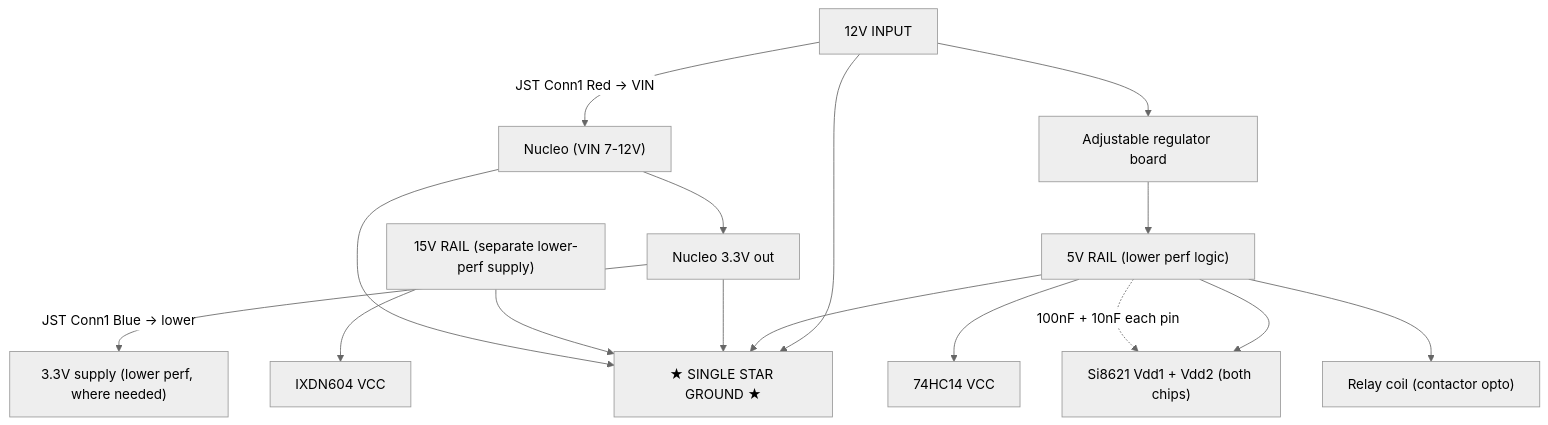
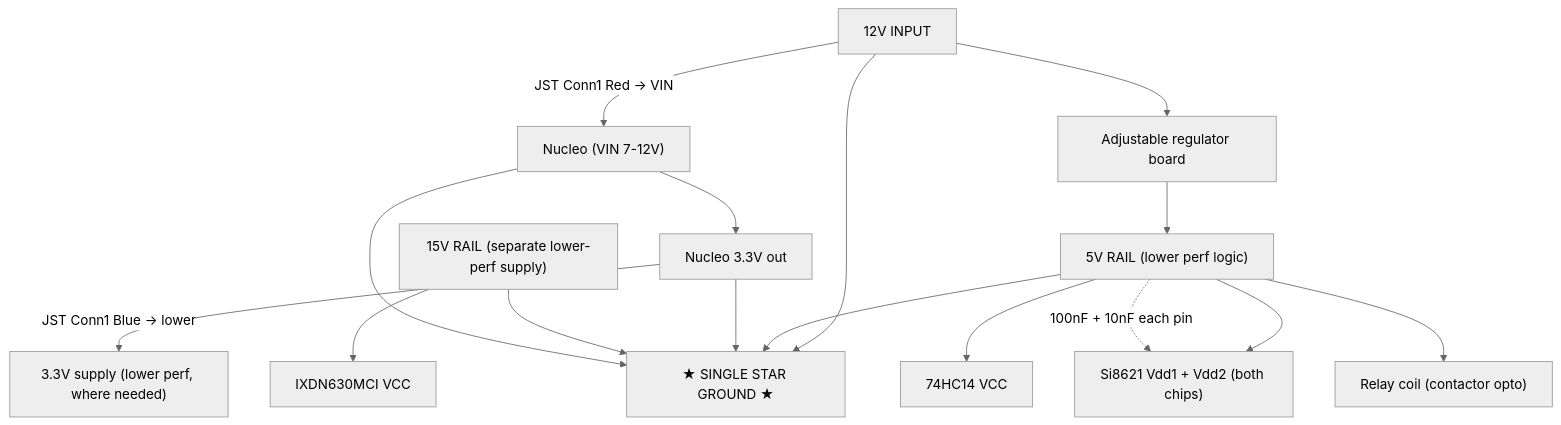
One commit to metanurb21/Nucleo-induction-heater changed the fifth of 7 diagrams in docs/SHIELD_LAYOUT.md. Above: the diagram before and after it, drawn with Mermaid (neutral theme). The commit also changed other lines of this file and 5 other files, not shown here.

First line of the commit message:
Fix gate driver part number: IXDN604 -> IXDN630MCI (actual part in use)

````diff
--- a/docs/SHIELD_LAYOUT.md
+++ b/docs/SHIELD_LAYOUT.md
@@ -85,23 +85,23 @@
 ```mermaid
 graph TD
     IN12["12V INPUT"] -->|"JST Conn1 Red → VIN"| NUC["Nucleo (VIN 7-12V)"]
     IN12 --> REG["Adjustable regulator board"]
     REG --> R5["5V RAIL (lower perf logic)"]
 
     NUC --> V33["Nucleo 3.3V out"]
     V33 -->|"JST Conn1 Blue → lower"| R33["3.3V supply (lower perf, where needed)"]
 
     R5 --> ISO_VDD["Si8621 Vdd1 + Vdd2 (both chips)"]
     R5 --> HC14V["74HC14 VCC"]
     R5 --> RELAY["Relay coil (contactor opto)"]
 
-    HV15["15V RAIL (separate lower-perf supply)"] --> IXDN["IXDN604 VCC"]
+    HV15["15V RAIL (separate lower-perf supply)"] --> IXDN["IXDN630MCI VCC"]
 
     IN12 --> STAR["★ SINGLE STAR GROUND ★"]
     R5 --> STAR
     V33 --> STAR
     HV15 --> STAR
     NUC --> STAR
 
     R5 -.->|"100nF + 10nF each pin"| ISO_VDD
 ```
````
